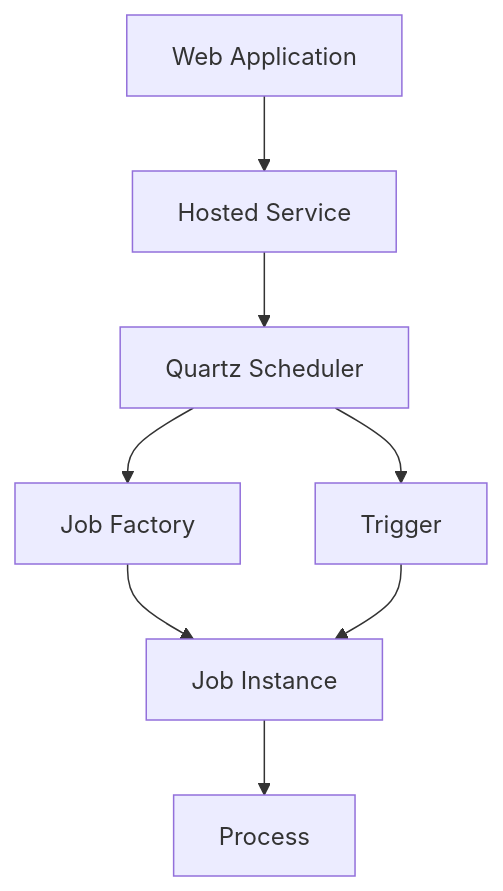
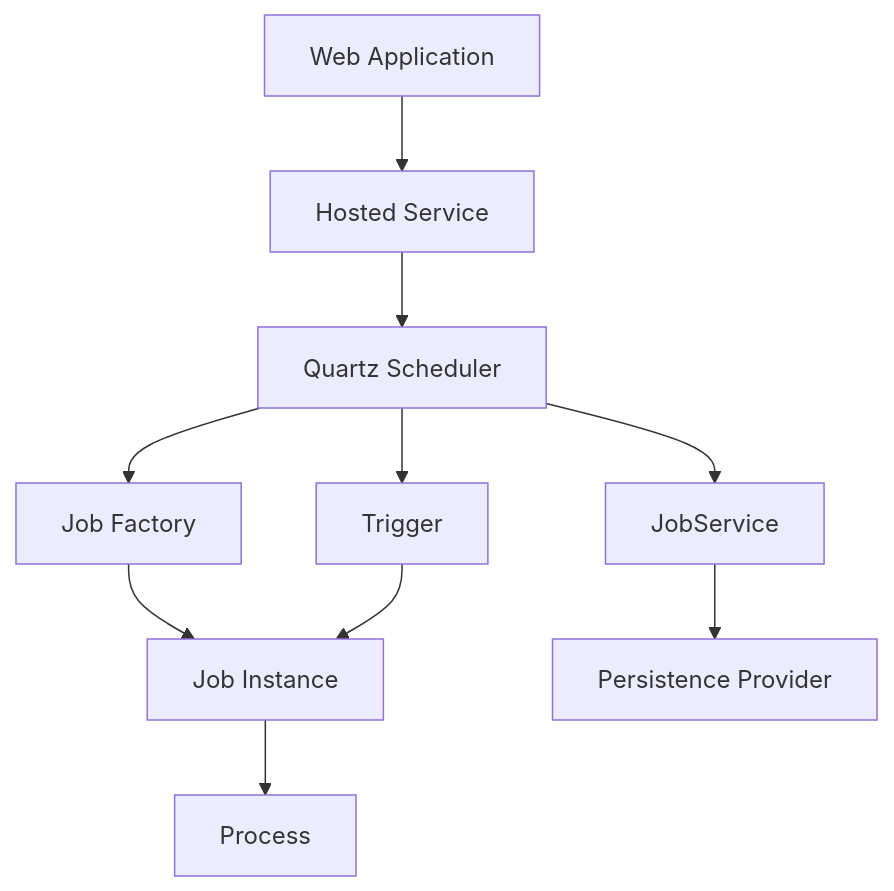
Before and after one commit to BridgingIT-GmbH/bITdevKit: the diagram in docs/features-jobscheduling.md, drawn with Mermaid. The commit also changed other lines of this file, not shown here.

````diff
--- a/docs/features-jobscheduling.md
+++ b/docs/features-jobscheduling.md
@@ -109,10 +242,12 @@
 ```mermaid
 graph TD
     A[Web Application] --> B[Hosted Service]
     B --> C[Quartz Scheduler]
     C --> D[Job Factory]
     D --> E[Job Instance]
     E --> F[Process]
     C --> H[Trigger]
     H --> E
+    C --> I[JobService]
+    I --> J[Persistence Provider]
 ```
````
